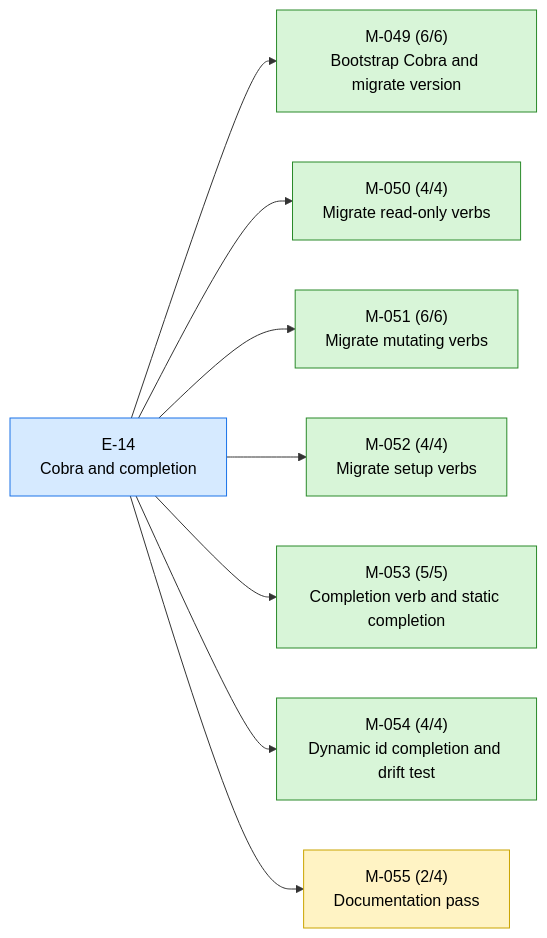
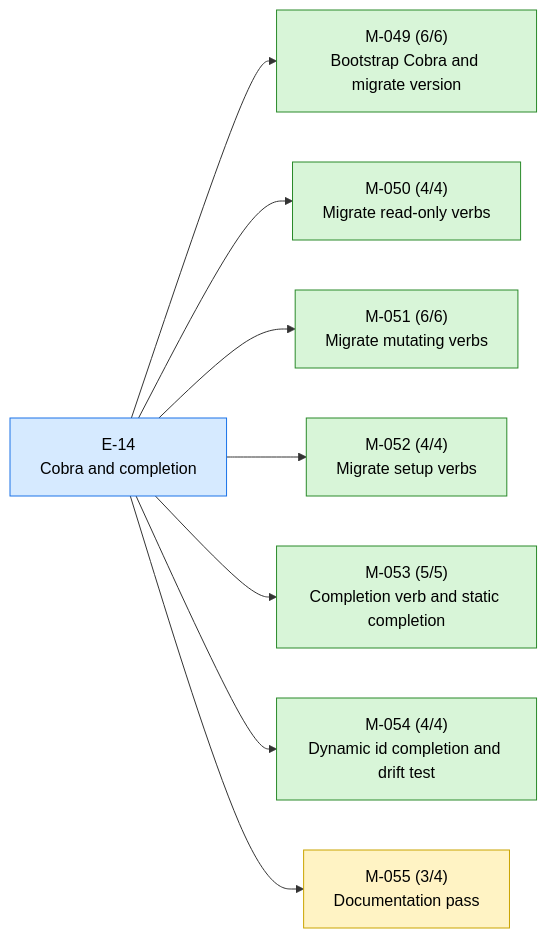
The first of 2 diagrams in STATUS.md (23min/aiwf), drawn with Mermaid before and after one commit. The commit also changed other lines of this file and 1 other file, not shown here.

````diff
--- a/STATUS.md
+++ b/STATUS.md
@@ -17,24 +17,24 @@
 ```mermaid
 flowchart LR
   E_14["E-14<br/>Cobra and completion"]:::epic_active
   M_049["M-049 (6/6)<br/>Bootstrap Cobra and migrate version"]:::ms_done
   E_14 --> M_049
   M_050["M-050 (4/4)<br/>Migrate read-only verbs"]:::ms_done
   E_14 --> M_050
   M_051["M-051 (6/6)<br/>Migrate mutating verbs"]:::ms_done
   E_14 --> M_051
   M_052["M-052 (4/4)<br/>Migrate setup verbs"]:::ms_done
   E_14 --> M_052
   M_053["M-053 (5/5)<br/>Completion verb and static completion"]:::ms_done
   E_14 --> M_053
   M_054["M-054 (4/4)<br/>Dynamic id completion and drift test"]:::ms_done
   E_14 --> M_054
-  M_055["M-055 (2/4)<br/>Documentation pass"]:::ms_in_progress
+  M_055["M-055 (3/4)<br/>Documentation pass"]:::ms_in_progress
   E_14 --> M_055
   classDef epic_active fill:#d6eaff,stroke:#1a73e8,color:#000
   classDef epic_proposed fill:#f4f4f4,stroke:#888,color:#000
   classDef ms_done fill:#d8f5d8,stroke:#2a8a2a,color:#000
   classDef ms_in_progress fill:#fff3c4,stroke:#caa400,color:#000
   classDef ms_draft fill:#f4f4f4,stroke:#888,color:#000
   classDef ms_cancelled fill:#fbeaea,stroke:#c33,color:#000
 ```
````
